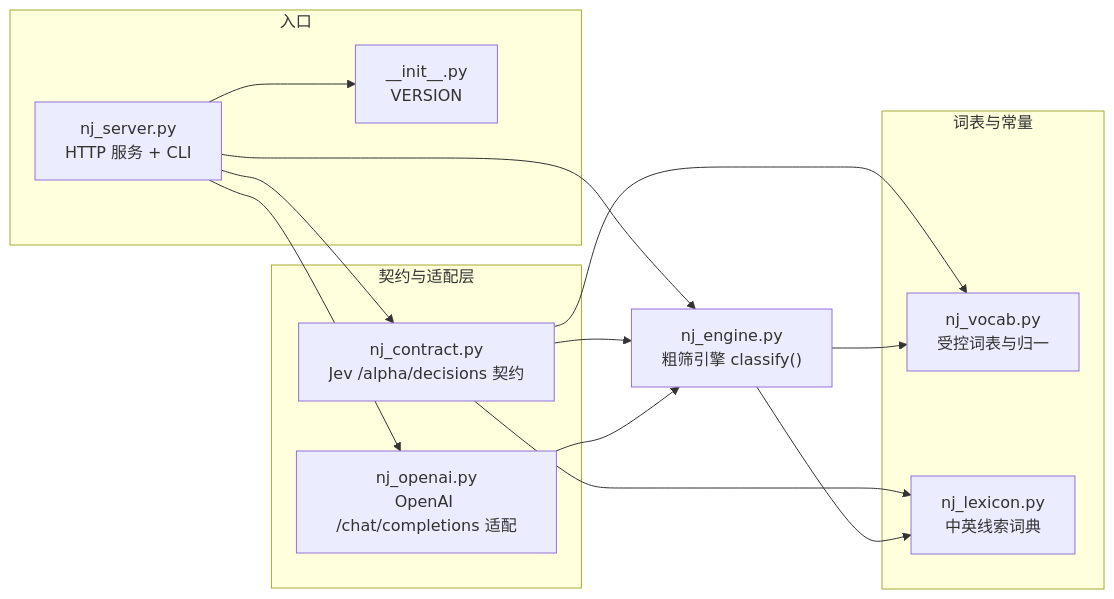
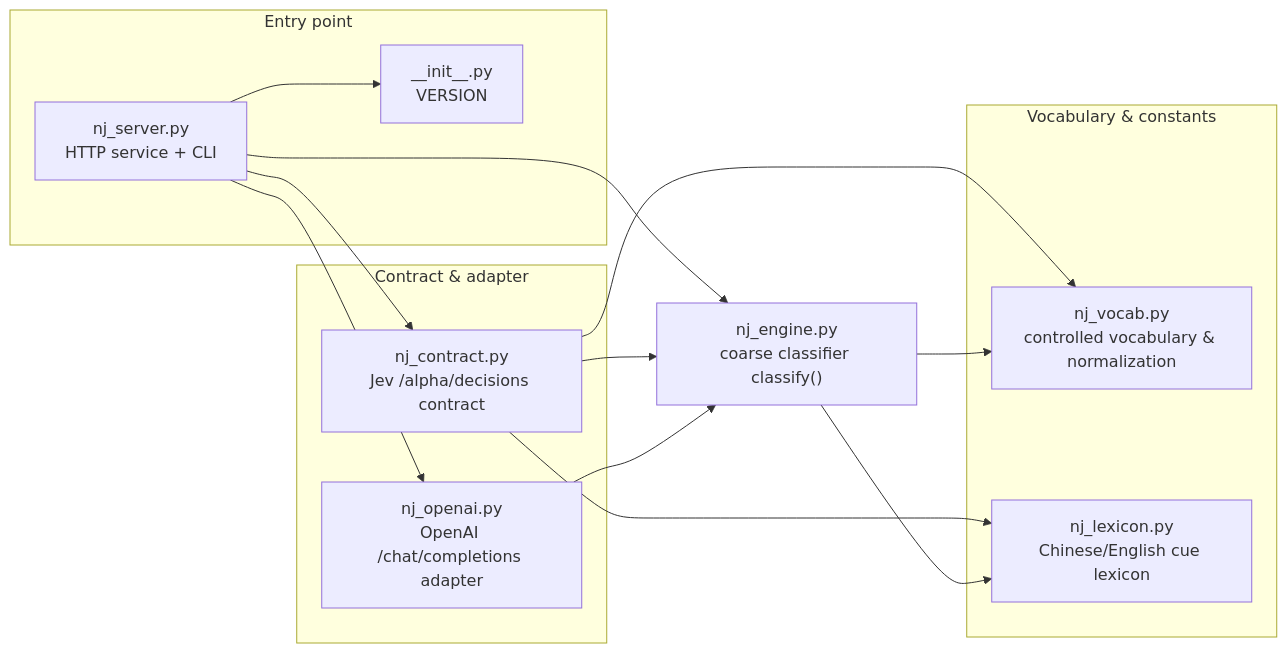
The first of 2 diagrams in README.md (JUNNYOfficial/nano_jev), drawn with Mermaid before and after one commit. The commit also changed other lines of this file and 1 other file, not shown here.

````diff
--- a/README.md
+++ b/README.md
@@ -155,30 +171,30 @@
 ```mermaid
 graph LR
-    subgraph 入口
-        SERVER["nj_server.py<br/>HTTP 服务 + CLI"]
+    subgraph entry["Entry point"]
+        SERVER["nj_server.py<br/>HTTP service + CLI"]
         INIT["__init__.py<br/>VERSION"]
     end
 
-    subgraph 契约与适配层
-        CONTRACT["nj_contract.py<br/>Jev /alpha/decisions 契约"]
-        OPENAI["nj_openai.py<br/>OpenAI /chat/completions 适配"]
+    subgraph contract["Contract & adapter"]
+        CONTRACT["nj_contract.py<br/>Jev /alpha/decisions contract"]
+        OPENAI["nj_openai.py<br/>OpenAI /chat/completions adapter"]
     end
 
-    ENGINE["nj_engine.py<br/>粗筛引擎 classify()"]
+    ENGINE["nj_engine.py<br/>coarse classifier classify()"]
 
-    subgraph 词表与常量
-        VOCAB["nj_vocab.py<br/>受控词表与归一"]
-        LEXICON["nj_lexicon.py<br/>中英线索词典"]
+    subgraph vocab["Vocabulary & constants"]
+        VOCAB["nj_vocab.py<br/>controlled vocabulary & normalization"]
+        LEXICON["nj_lexicon.py<br/>Chinese/English cue lexicon"]
     end
 
     SERVER --> CONTRACT
     SERVER --> OPENAI
     SERVER --> ENGINE
     SERVER --> INIT
     CONTRACT --> ENGINE
     CONTRACT --> VOCAB
     CONTRACT --> LEXICON
     OPENAI --> ENGINE
     ENGINE --> VOCAB
     ENGINE --> LEXICON
 ```
````
